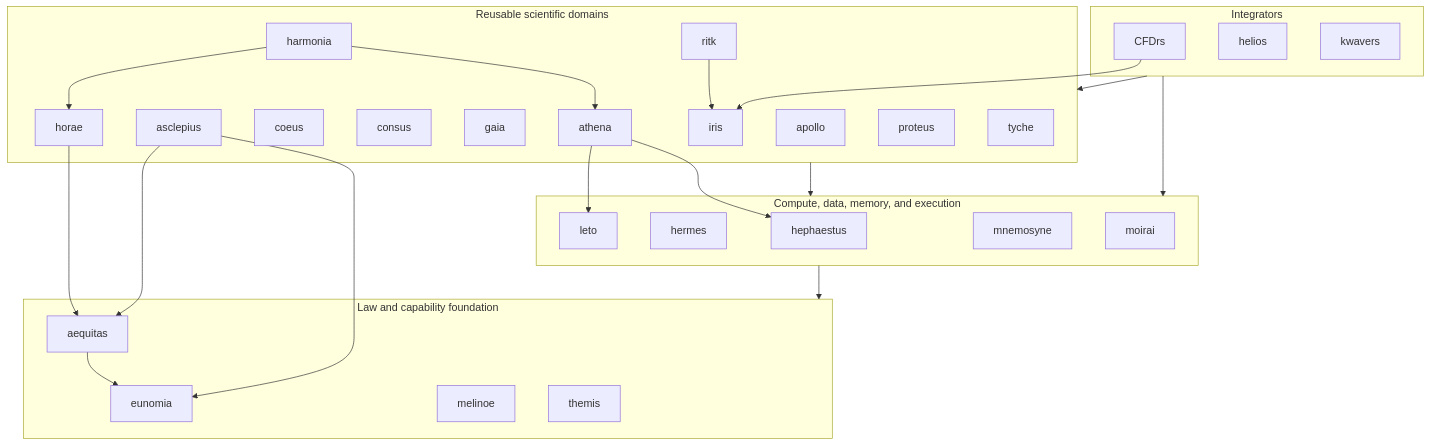
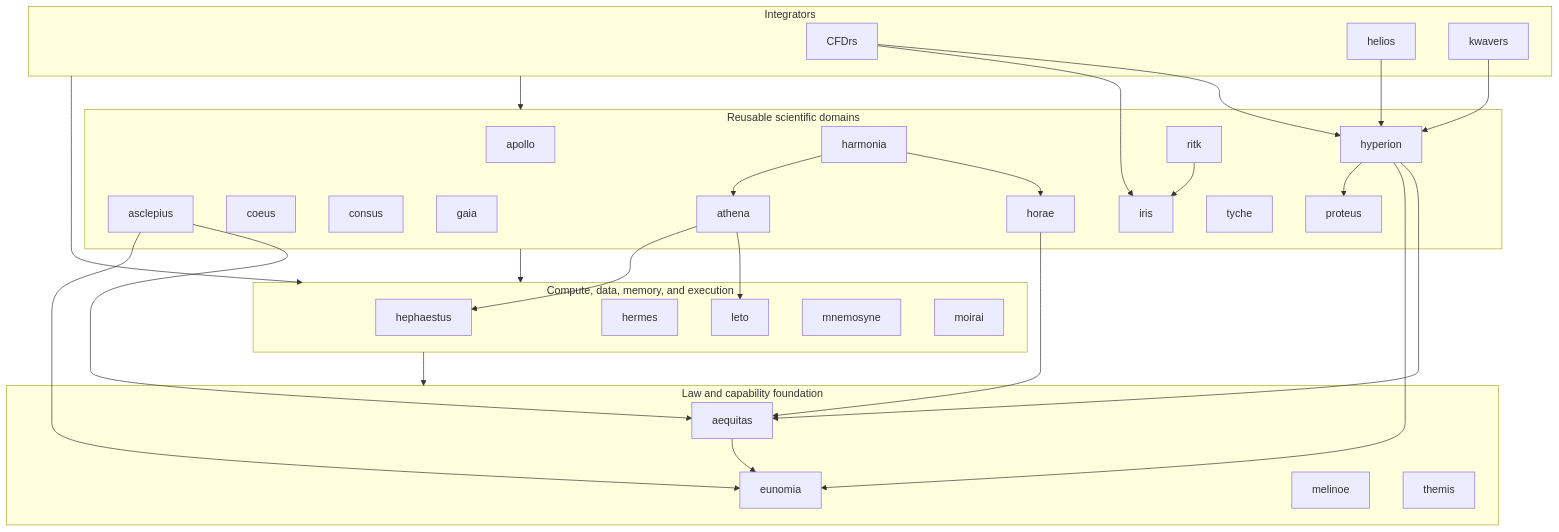
The diagram in README.md (ryancinsight/atlas), drawn with Mermaid before and after one commit. The commit also changed other lines of this file and 5 other files, not shown here.

````diff
--- a/README.md
+++ b/README.md
@@ -79,53 +80,60 @@
 ```mermaid
 flowchart TB
     subgraph Integrators
         CFDrs
         helios
         kwavers
     end
 
     subgraph Domains["Reusable scientific domains"]
         apollo
         asclepius
         coeus
         consus
         gaia
         harmonia
+        hyperion
         horae
         iris
         athena
         proteus
         ritk
         tyche
     end
 
     subgraph Compute["Compute, data, memory, and execution"]
         hephaestus
         hermes
         leto
         mnemosyne
         moirai
     end
 
     subgraph Foundation["Law and capability foundation"]
         aequitas
         eunomia
         melinoe
         themis
     end
 
     Integrators --> Domains
     Integrators --> Compute
     Domains --> Compute
     Compute --> Foundation
     aequitas --> eunomia
     horae --> aequitas
     athena --> leto
     athena --> hephaestus
     harmonia --> horae
     harmonia --> athena
     asclepius --> aequitas
     asclepius --> eunomia
+    hyperion --> aequitas
+    hyperion --> eunomia
+    hyperion --> proteus
+    CFDrs --> hyperion
+    helios --> hyperion
+    kwavers --> hyperion
     ritk --> iris
     CFDrs --> iris
 ```
````
